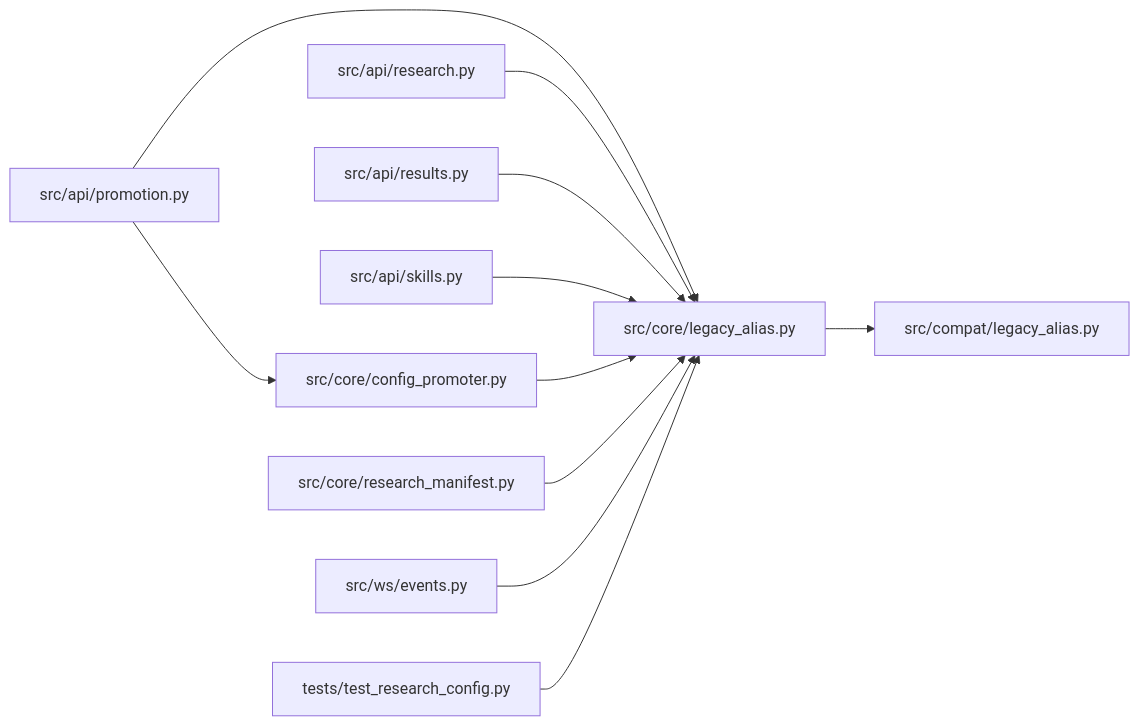
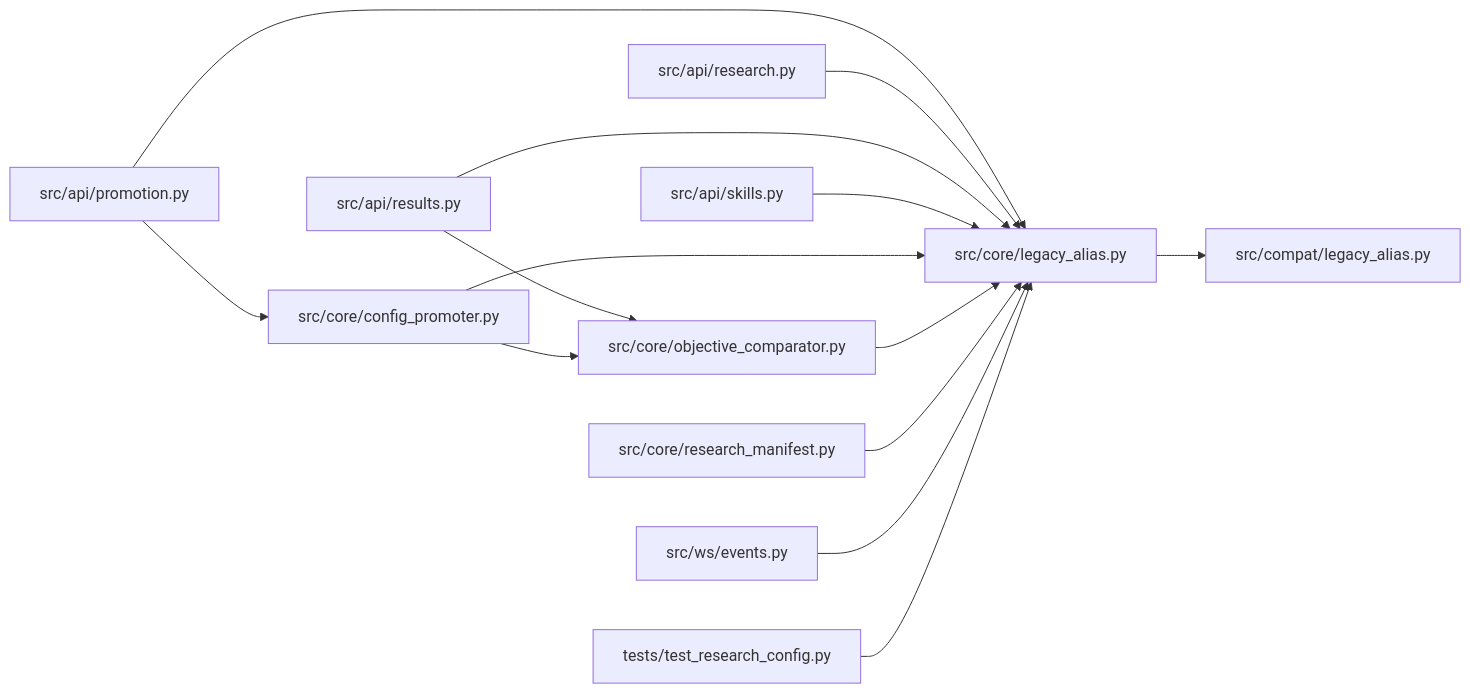
One commit to Denissvgn/autoresearch-agent changed the diagram in docs/llm_wiki/modules/core_legacy_alias.md. Above: the diagram before and after it, drawn with Mermaid. The commit also changed other lines of this file and 1033 other files, not shown here.

````diff
--- a/docs/llm_wiki/modules/core_legacy_alias.md
+++ b/docs/llm_wiki/modules/core_legacy_alias.md
@@ -19,33 +19,38 @@
 ```mermaid
 flowchart LR
     n0["src/api/promotion.py"]
     n1["src/api/research.py"]
     n2["src/api/results.py"]
     n3["src/api/skills.py"]
     n4["src/compat/legacy_alias.py"]
     n5["src/core/config_promoter.py"]
     n6["src/core/legacy_alias.py"]
-    n7["src/core/research_manifest.py"]
-    n8["src/ws/events.py"]
-    n9["tests/test_research_config.py"]
+    n7["src/core/objective_comparator.py"]
+    n8["src/core/research_manifest.py"]
+    n9["src/ws/events.py"]
+    n10["tests/test_research_config.py"]
     n0 --> n5
     n0 --> n6
     n1 --> n6
     n2 --> n6
+    n2 --> n7
     n3 --> n6
     n5 --> n6
+    n5 --> n7
     n6 --> n4
     n7 --> n6
     n8 --> n6
     n9 --> n6
+    n10 --> n6
     click n0 "../modules/promotion.md"
     click n1 "../modules/research.md"
     click n2 "../modules/results.md"
     click n3 "../modules/src_api_skills.md"
     click n4 "../modules/compat_legacy_alias.md"
     click n5 "../modules/config_promoter.md"
     click n6 "../modules/core_legacy_alias.md"
-    click n7 "../modules/research_manifest.md"
-    click n8 "../modules/events.md"
-    click n9 "../modules/test_research_config.md"
+    click n7 "../modules/objective_comparator.md"
+    click n8 "../modules/research_manifest.md"
+    click n9 "../modules/events.md"
+    click n10 "../modules/test_research_config.md"
 ```
````
